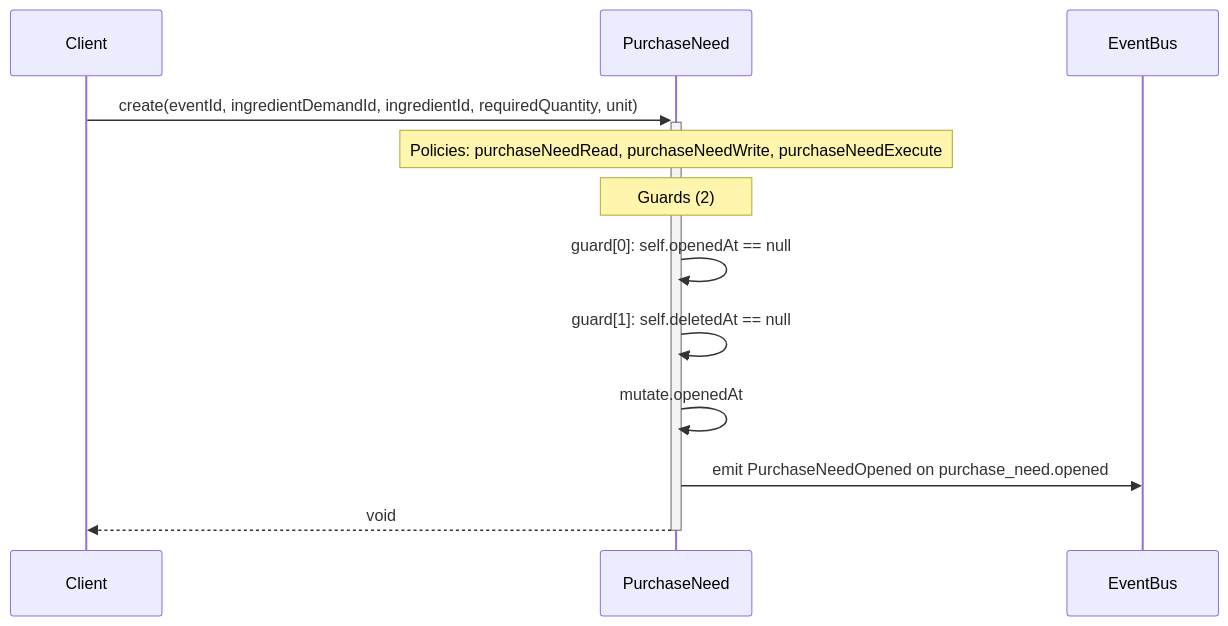
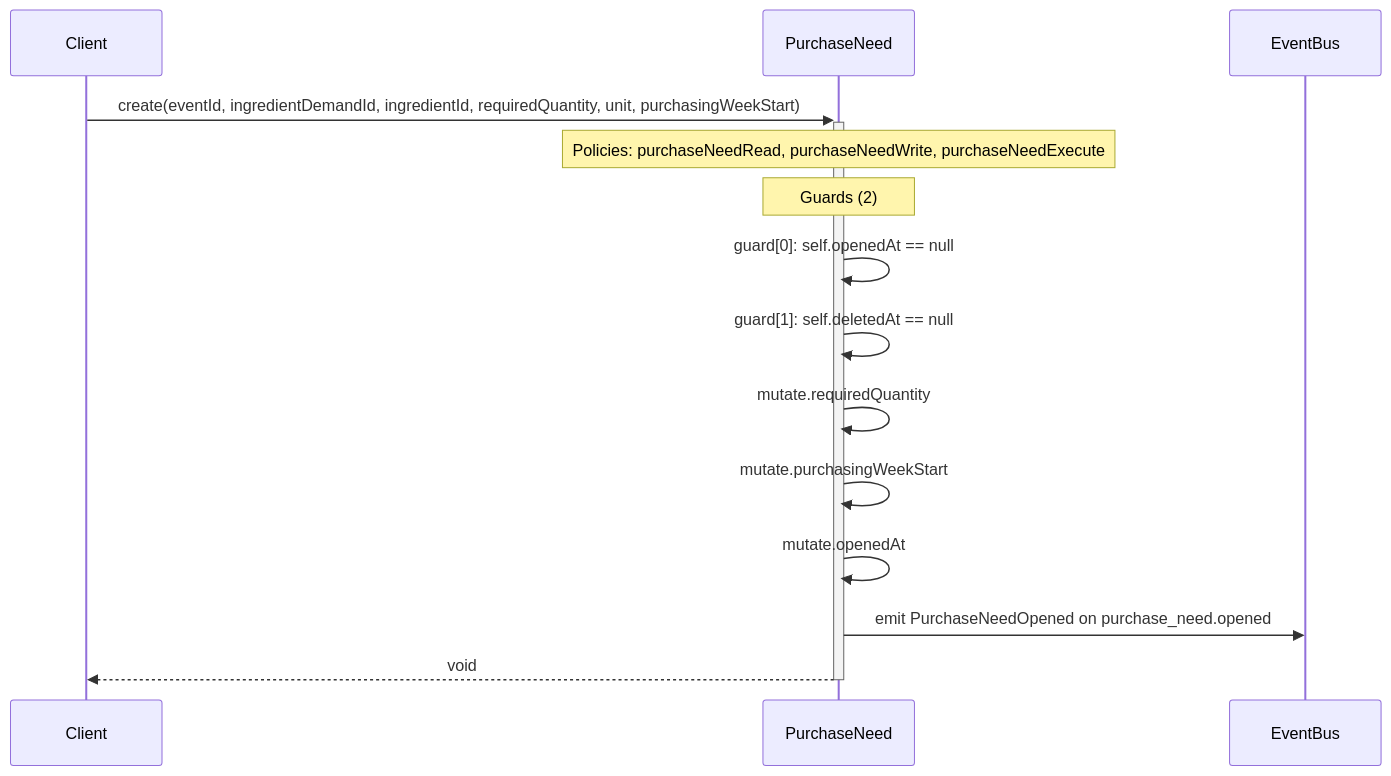
Before and after one commit to Angriff36/capsule: the diagram in diagrams/sequence-PurchaseNeed-create.mmd, drawn with Mermaid. The commit also changed 92 other files, not shown here.

```diff
--- a/diagrams/sequence-PurchaseNeed-create.mmd
+++ b/diagrams/sequence-PurchaseNeed-create.mmd
@@ -1,12 +1,14 @@
 sequenceDiagram
     participant Client
     participant PurchaseNeed as PurchaseNeed
     participant EventBus
-    Client->>+PurchaseNeed: create(eventId, ingredientDemandId, ingredientId, requiredQuantity, unit)
+    Client->>+PurchaseNeed: create(eventId, ingredientDemandId, ingredientId, requiredQuantity, unit, purchasingWeekStart)
     Note over PurchaseNeed: Policies: purchaseNeedRead, purchaseNeedWrite, purchaseNeedExecute
     Note over PurchaseNeed: Guards (2)
     PurchaseNeed->>PurchaseNeed: guard[0]: self.openedAt == null
     PurchaseNeed->>PurchaseNeed: guard[1]: self.deletedAt == null
+    PurchaseNeed->>PurchaseNeed: mutate.requiredQuantity
+    PurchaseNeed->>PurchaseNeed: mutate.purchasingWeekStart
     PurchaseNeed->>PurchaseNeed: mutate.openedAt
     PurchaseNeed->>EventBus: emit PurchaseNeedOpened on purchase_need.opened
     PurchaseNeed-->>-Client: void
```
